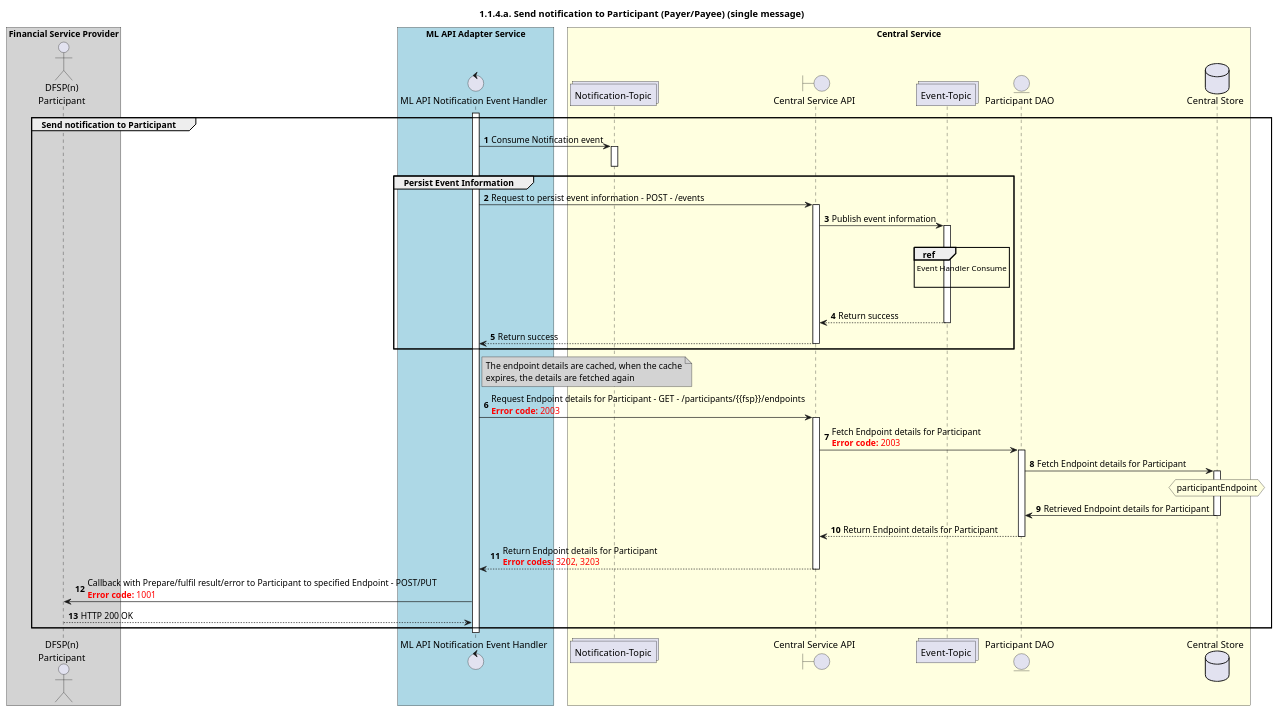
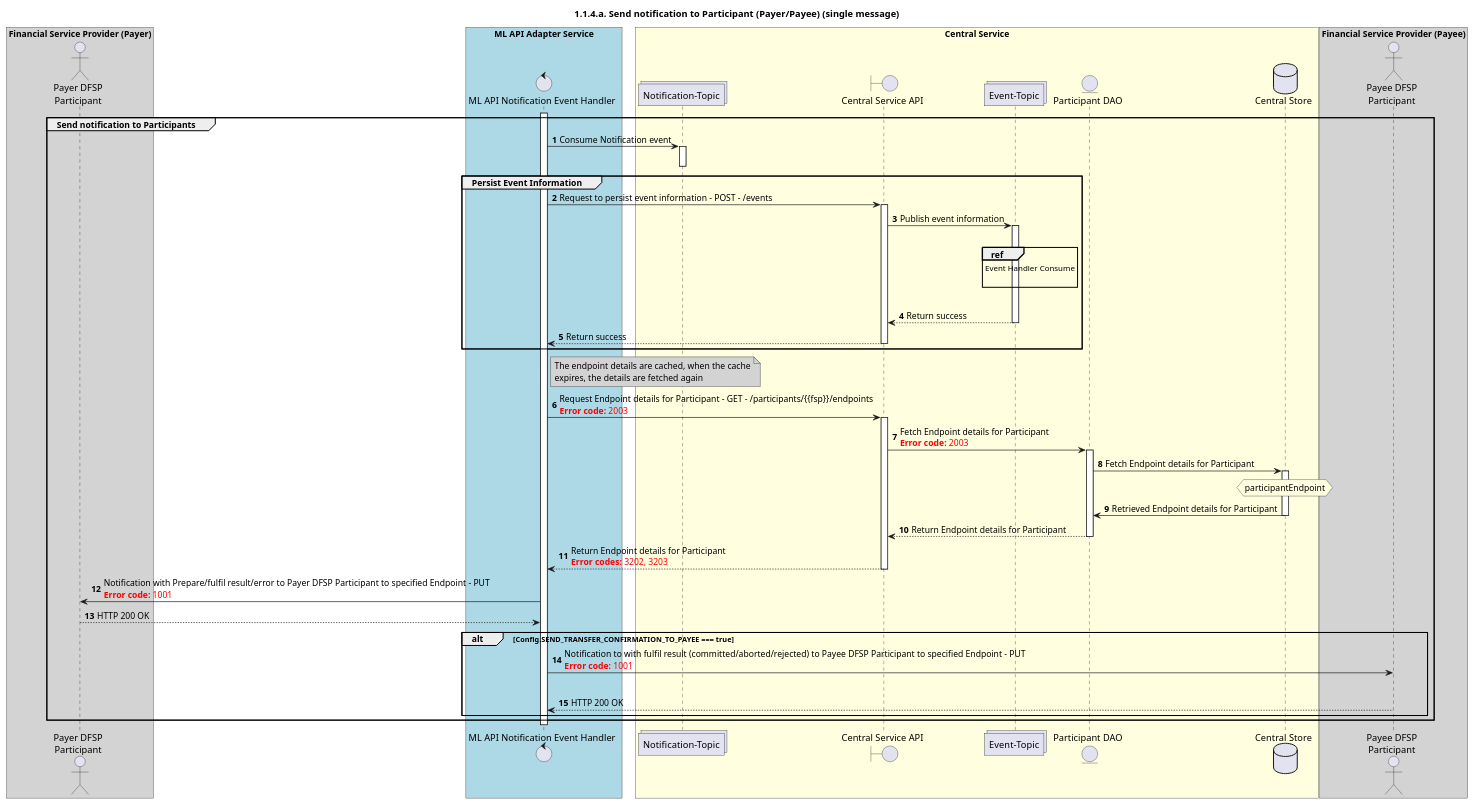
The diagram in mojaloop-technical-overview/central-ledger/assets/diagrams/sequence/seq-prepare-1.1.4.a.plantuml (mojaloop/documentation), drawn with PlantUML before and after one commit. The commit also changed 2 other files, not shown here.

Commit message:
Update sequence diagram for transfers. Update dependencies.

```diff
--- a/mojaloop-technical-overview/central-ledger/assets/diagrams/sequence/seq-prepare-1.1.4.a.plantuml
+++ b/mojaloop-technical-overview/central-ledger/assets/diagrams/sequence/seq-prepare-1.1.4.a.plantuml
@@ -27,83 +27,94 @@
 @startuml
 ' declate title
 title 1.1.4.a. Send notification to Participant (Payer/Payee) (single message)
 
 autonumber
 
 ' Actor Keys:
+'   actor - Payer DFSP, Payee DFSP
 '   boundary - APIs/Interfaces, etc
 '   collections - Kafka Topics
 '   control - Kafka Consumers
 '   entity - Database Access Objects
 '   database - Database Persistance Store
 
 ' declare actors
-actor "DFSP(n)\nParticipant" as DFSP
+actor "Payer DFSP\nParticipant" as PAYER_DFSP
+actor "Payee DFSP\nParticipant" as PAYEE_DFSP
 control "ML API Notification Event Handler" as NOTIFY_HANDLER
 boundary "Central Service API" as CSAPI
 collections "Notification-Topic" as TOPIC_NOTIFICATIONS
 collections "Event-Topic" as TOPIC_EVENTS
 entity "Participant DAO" as PARTICIPANT_DAO
 database "Central Store" as DB
 
-box "Financial Service Provider" #lightGray
-	participant DFSP
+box "Financial Service Provider (Payer)" #lightGray
+	participant PAYER_DFSP
 end box
 
 box "ML API Adapter Service" #LightBlue
 	participant NOTIFY_HANDLER
 end box
 
 box "Central Service" #LightYellow
-participant TOPIC_NOTIFICATIONS
+    participant TOPIC_NOTIFICATIONS
     participant CSAPI
     participant TOPIC_EVENTS
     participant PARTICIPANT_DAO
     participant DB
 end box
 
+box "Financial Service Provider (Payee)" #lightGray
+	participant PAYEE_DFSP
+end box
+
 ' start flow
 activate NOTIFY_HANDLER
-group Send notification to Participant
+group Send notification to Participants
     TOPIC_NOTIFICATIONS <- NOTIFY_HANDLER: Consume Notification event
     activate TOPIC_NOTIFICATIONS
     deactivate TOPIC_NOTIFICATIONS
 
     group Persist Event Information
         NOTIFY_HANDLER -> CSAPI: Request to persist event information - POST - /events
         activate CSAPI
         CSAPI -> TOPIC_EVENTS: Publish event information
         activate TOPIC_EVENTS
         |||
         ref over TOPIC_EVENTS :  Event Handler Consume\n
         |||
         TOPIC_EVENTS --> CSAPI: Return success
         deactivate TOPIC_EVENTS
         CSAPI --> NOTIFY_HANDLER: Return success
         deactivate CSAPI
     end
     note right of NOTIFY_HANDLER #lightgray
         The endpoint details are cached, when the cache
         expires, the details are fetched again
     end note
     NOTIFY_HANDLER -> CSAPI: Request Endpoint details for Participant - GET - /participants/{{fsp}}/endpoints\n<color #FF0000><b>Error code:</b> 2003</color>
 
     activate CSAPI
     CSAPI -> PARTICIPANT_DAO: Fetch Endpoint details for Participant\n<color #FF0000><b>Error code:</b> 2003</color>
     activate PARTICIPANT_DAO
     PARTICIPANT_DAO -> DB: Fetch Endpoint details for Participant
     activate DB
     hnote over DB #lightyellow
         participantEndpoint
     end note
     DB -> PARTICIPANT_DAO: Retrieved Endpoint details for Participant
     deactivate DB
     PARTICIPANT_DAO --> CSAPI: Return Endpoint details for Participant
     deactivate PARTICIPANT_DAO
     CSAPI --> NOTIFY_HANDLER: Return Endpoint details for Participant\n<color #FF0000><b>Error codes:</b> 3202, 3203</color>
     deactivate CSAPI
-    NOTIFY_HANDLER -> DFSP: Callback with Prepare/fulfil result/error to Participant to specified Endpoint - POST/PUT \n<color #FF0000><b>Error code:</b> 1001</color>
-    NOTIFY_HANDLER <-- DFSP: HTTP 200 OK 
+    NOTIFY_HANDLER -> PAYER_DFSP: Notification with Prepare/fulfil result/error to Payer DFSP Participant to specified Endpoint - PUT \n<color #FF0000><b>Error code:</b> 1001</color>
+    NOTIFY_HANDLER <-- PAYER_DFSP: HTTP 200 OK 
+    alt Config.SEND_TRANSFER_CONFIRMATION_TO_PAYEE === true
+        NOTIFY_HANDLER -> PAYEE_DFSP: Notification to with fulfil result (committed/aborted/rejected) to Payee DFSP Participant to specified Endpoint - PUT \n<color #FF0000><b>Error code:</b> 1001</color>
+        |||
+        NOTIFY_HANDLER <-- PAYEE_DFSP: HTTP 200 OK 
+    end
 end
 deactivate NOTIFY_HANDLER
 @enduml
```
